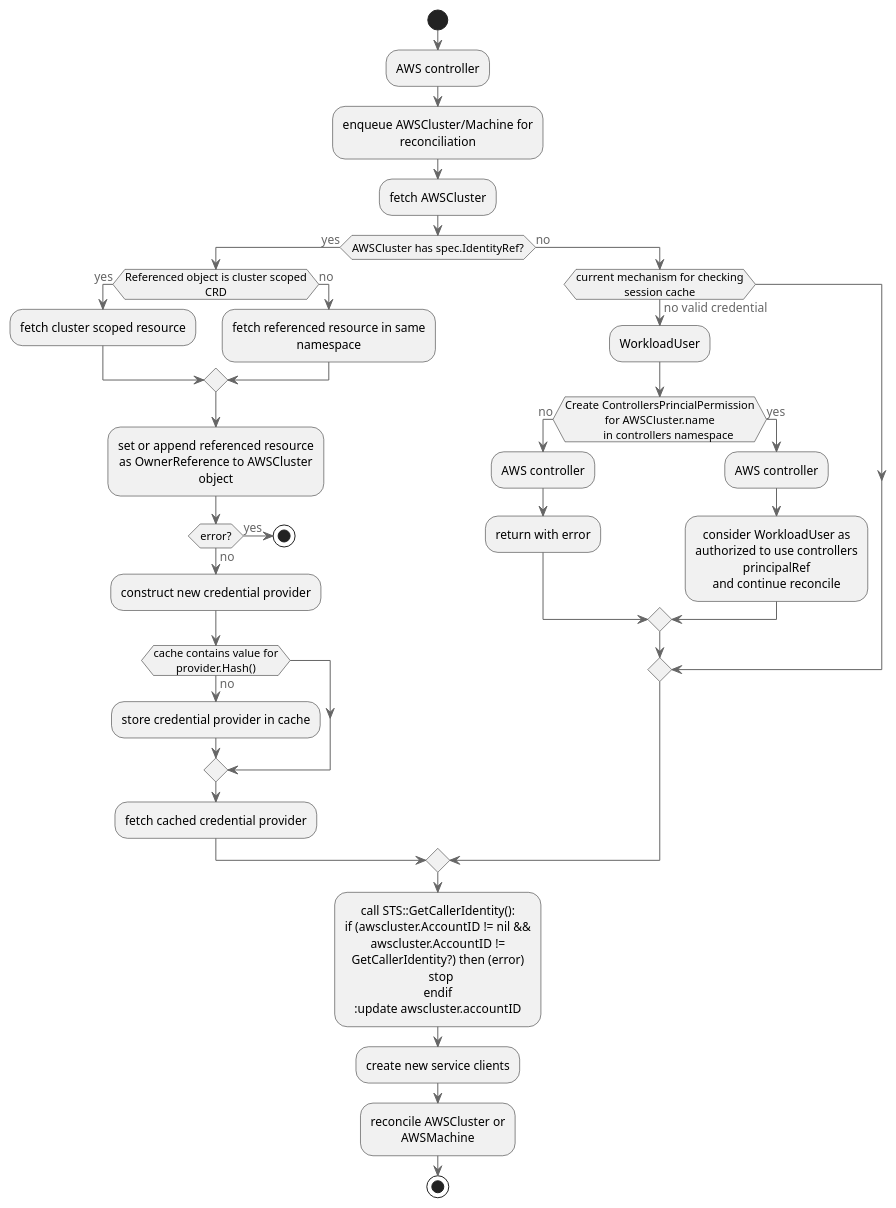
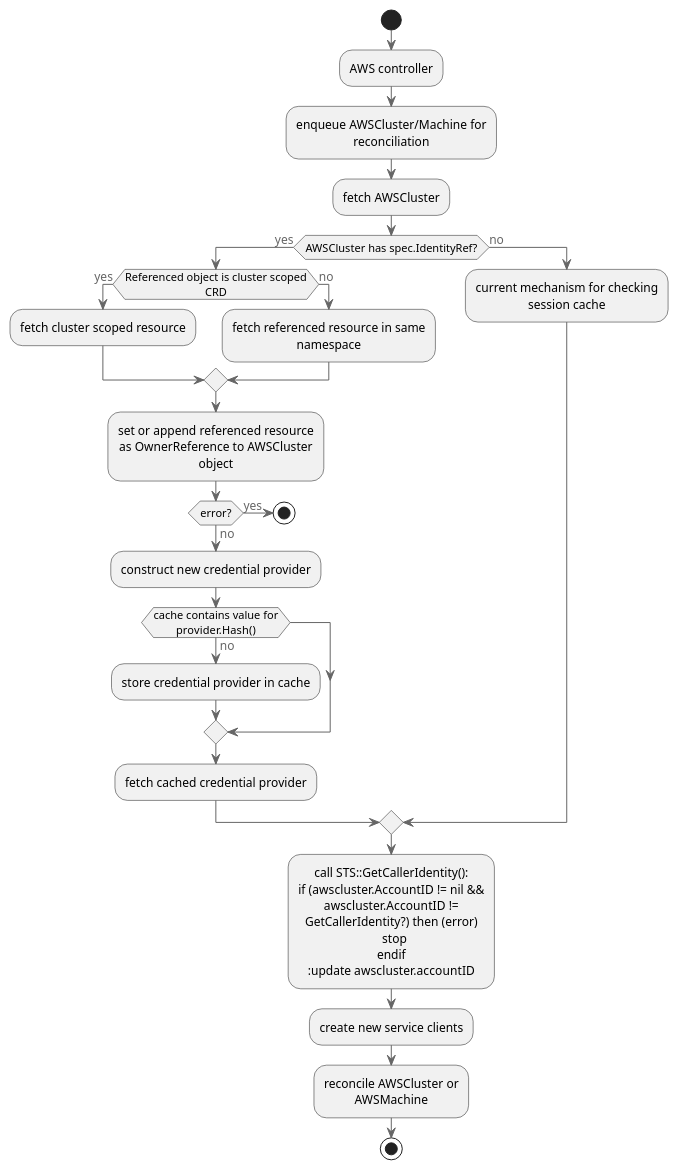
The diagram in docs/proposal/20200506-single-controller-multitenancy-flow.plantuml (sedefsavas/cluster-api-provider-aws), drawn with PlantUML before and after one commit. The commit also changed 3 other files, not shown here.

```diff
--- a/docs/proposal/20200506-single-controller-multitenancy-flow.plantuml
+++ b/docs/proposal/20200506-single-controller-multitenancy-flow.plantuml
@@ -1,47 +1,36 @@
 @startuml 20200506-single-controller-multitenancy-flow
 !includeurl https://raw.githubusercontent.com/RicardoNiepel/C4-PlantUML/release/1-0/C4_Container.puml
 
 start
 :AWS controller;
 :enqueue AWSCluster/Machine for reconciliation;
 :fetch AWSCluster;
 if (AWSCluster has spec.IdentityRef?) then (yes)
   if (Referenced object is cluster scoped CRD) then (yes)
     :fetch cluster scoped resource;
   else (no)
     :fetch referenced resource in same namespace;
   endif
   :set or append referenced resource as OwnerReference to AWSCluster object;
   if (error?) then (yes)
     stop
   else (no)
     :construct new credential provider;
     if (cache contains value for provider.Hash()) then (no)
       :store credential provider in cache;
     endif
     :fetch cached credential provider;
   endif
 else (no)
-  if (current mechanism for checking session cache) then (no valid credential)
-      :WorkloadUser;
-      if (Create ControllersPrincialPermission for AWSCluster.name
-      in controllers namespace) then (no)
-        :AWS controller;
-        :return with error;
-      else (yes)
-        :AWS controller;
-        :consider WorkloadUser as authorized to use controllers principalRef
-        and continue reconcile;
-      endif
-  endif
+  :current mechanism for checking session cache;
 endif
 :call STS::GetCallerIdentity():
 if (awscluster.AccountID != nil && awscluster.AccountID != GetCallerIdentity?) then (error)
   stop
 endif
 :update awscluster.accountID;
 :create new service clients;
 :reconcile AWSCluster or AWSMachine;
 stop
 
 @enduml
```
